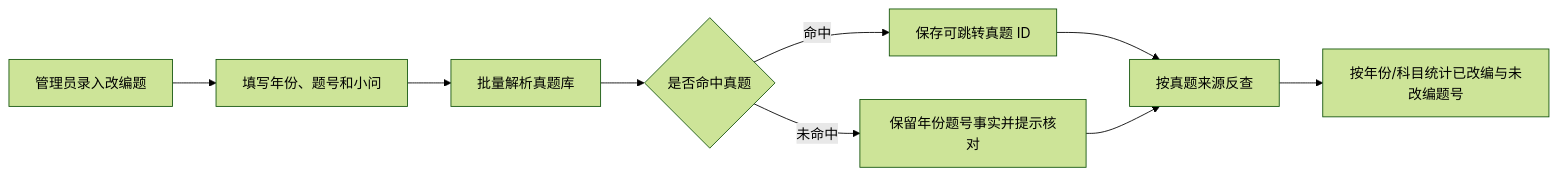
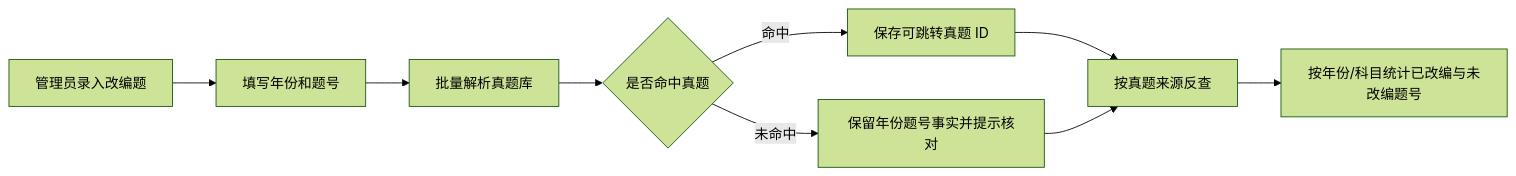
One commit to ddll8023/408web changed the sixth of 6 diagrams in doc/模块说明文档.md. Above: the diagram before and after it, drawn with Mermaid (forest theme). The commit also changed other lines of this file and 24 other files, not shown here.

````diff
--- a/doc/模块说明文档.md
+++ b/doc/模块说明文档.md
@@ -453,11 +453,11 @@
 ```mermaid
 flowchart LR
-    A[管理员录入改编题] --> B[填写年份、题号和小问]
+    A[管理员录入改编题] --> B[填写年份和题号]
     B --> C[批量解析真题库]
     C --> D{是否命中真题}
     D -->|命中| E[保存可跳转真题 ID]
     D -->|未命中| F[保留年份题号事实并提示核对]
     E --> G[按真题来源反查]
     F --> G
     G --> H[按年份/科目统计已改编与未改编题号]
 ```
````
